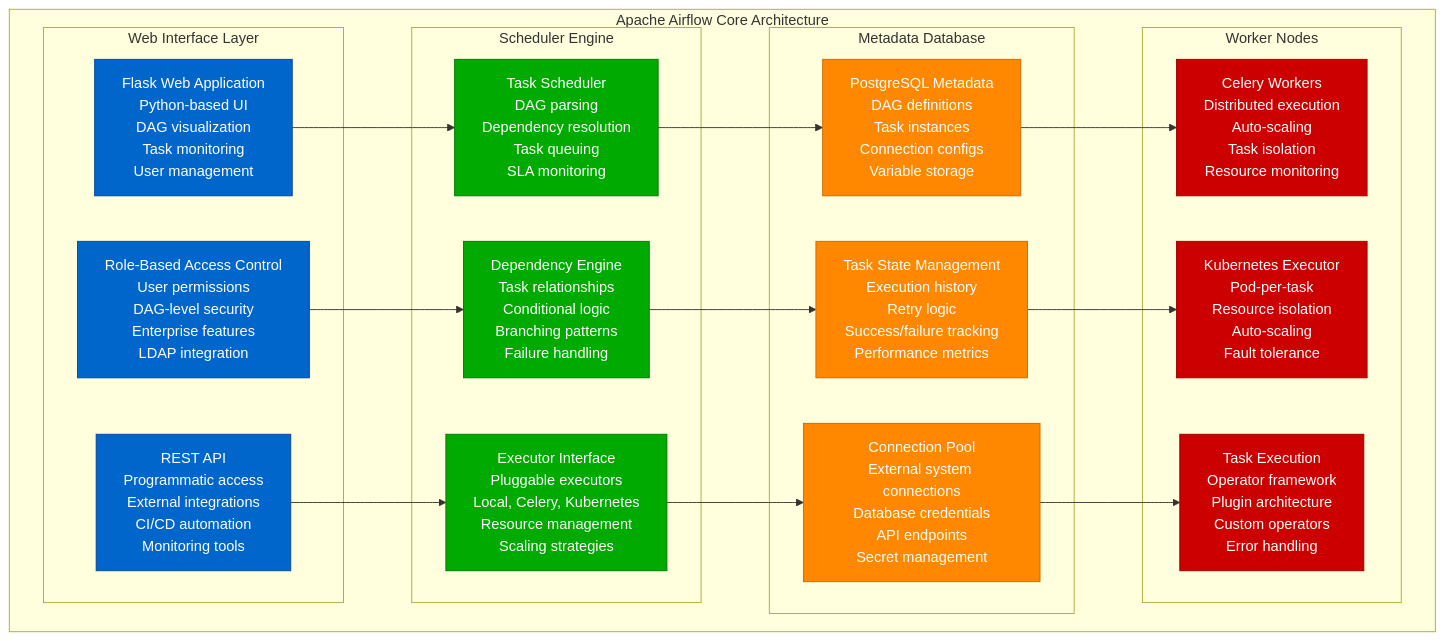
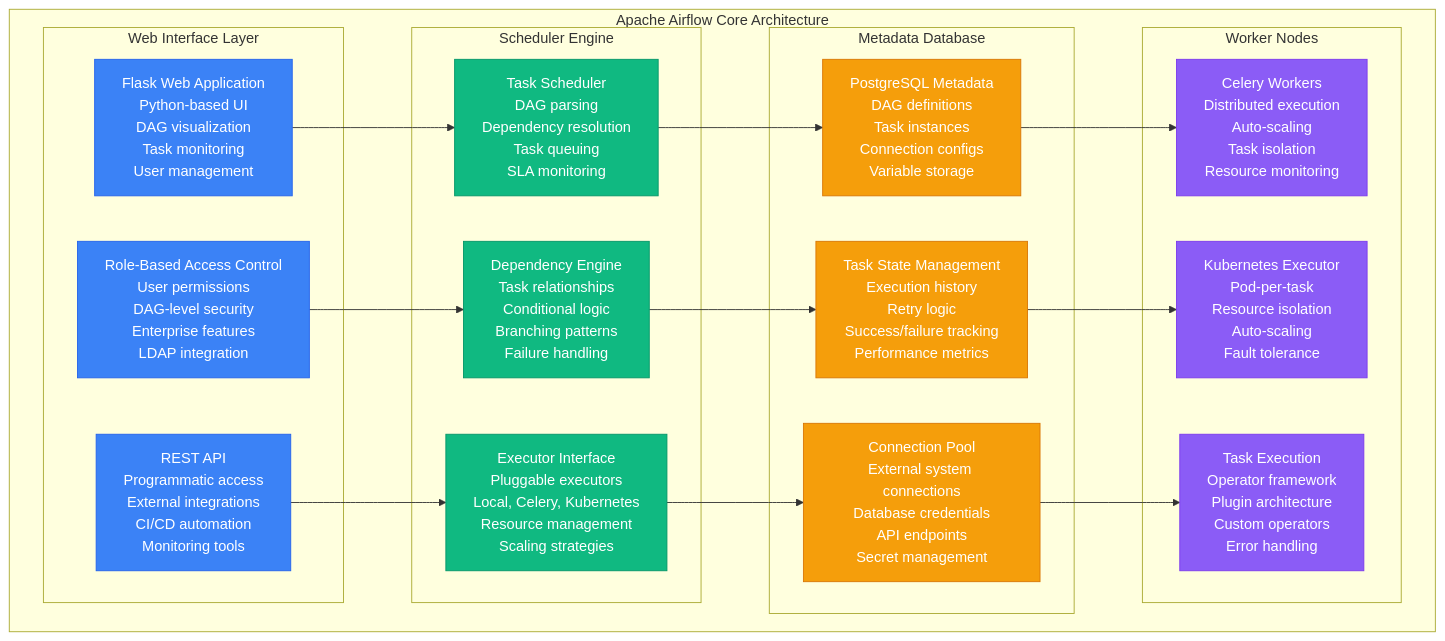
The second of 5 diagrams in site/docs/systems/airbnb/novel-solutions.md (deepaucksharma/DS), drawn with Mermaid before and after one commit. The commit also changed other lines of this file and 303 other files, not shown here.

````diff
--- a/site/docs/systems/airbnb/novel-solutions.md
+++ b/site/docs/systems/airbnb/novel-solutions.md
@@ -94,58 +94,58 @@
 ```mermaid
 graph TB
     subgraph AirflowCore[Apache Airflow Core Architecture]
         subgraph WebInterface[Web Interface Layer]
             FlaskApp[Flask Web Application<br/>Python-based UI<br/>DAG visualization<br/>Task monitoring<br/>User management]
 
             RBAC[Role-Based Access Control<br/>User permissions<br/>DAG-level security<br/>Enterprise features<br/>LDAP integration]
 
             API[REST API<br/>Programmatic access<br/>External integrations<br/>CI/CD automation<br/>Monitoring tools]
         end
 
         subgraph Scheduler[Scheduler Engine]
             TaskScheduler[Task Scheduler<br/>DAG parsing<br/>Dependency resolution<br/>Task queuing<br/>SLA monitoring]
 
             DependencyEngine[Dependency Engine<br/>Task relationships<br/>Conditional logic<br/>Branching patterns<br/>Failure handling]
 
             ExecutorInterface[Executor Interface<br/>Pluggable executors<br/>Local, Celery, Kubernetes<br/>Resource management<br/>Scaling strategies]
         end
 
         subgraph MetadataLayer[Metadata Database]
             PostgresMetadata[PostgreSQL Metadata<br/>DAG definitions<br/>Task instances<br/>Connection configs<br/>Variable storage]
 
             TaskState[Task State Management<br/>Execution history<br/>Retry logic<br/>Success/failure tracking<br/>Performance metrics]
 
             ConnectionPool[Connection Pool<br/>External system connections<br/>Database credentials<br/>API endpoints<br/>Secret management]
         end
 
         subgraph Workers[Worker Nodes]
             CeleryWorkers[Celery Workers<br/>Distributed execution<br/>Auto-scaling<br/>Task isolation<br/>Resource monitoring]
 
             KubernetesExecutor[Kubernetes Executor<br/>Pod-per-task<br/>Resource isolation<br/>Auto-scaling<br/>Fault tolerance]
 
             TaskExecution[Task Execution<br/>Operator framework<br/>Plugin architecture<br/>Custom operators<br/>Error handling]
         end
     end
 
     FlaskApp --> TaskScheduler
     RBAC --> DependencyEngine
     API --> ExecutorInterface
 
     TaskScheduler --> PostgresMetadata
     DependencyEngine --> TaskState
     ExecutorInterface --> ConnectionPool
 
     PostgresMetadata --> CeleryWorkers
     TaskState --> KubernetesExecutor
     ConnectionPool --> TaskExecution
 
-    classDef webStyle fill:#0066CC,stroke:#004499,color:#fff
-    classDef schedulerStyle fill:#00AA00,stroke:#007700,color:#fff
-    classDef metadataStyle fill:#FF8800,stroke:#CC6600,color:#fff
-    classDef workerStyle fill:#CC0000,stroke:#990000,color:#fff
+    classDef webStyle fill:#3B82F6,stroke:#2563EB,color:#fff
+    classDef schedulerStyle fill:#10B981,stroke:#059669,color:#fff
+    classDef metadataStyle fill:#F59E0B,stroke:#D97706,color:#fff
+    classDef workerStyle fill:#8B5CF6,stroke:#7C3AED,color:#fff
 
     class FlaskApp,RBAC,API webStyle
     class TaskScheduler,DependencyEngine,ExecutorInterface schedulerStyle
     class PostgresMetadata,TaskState,ConnectionPool metadataStyle
     class CeleryWorkers,KubernetesExecutor,TaskExecution workerStyle
 ```
````
